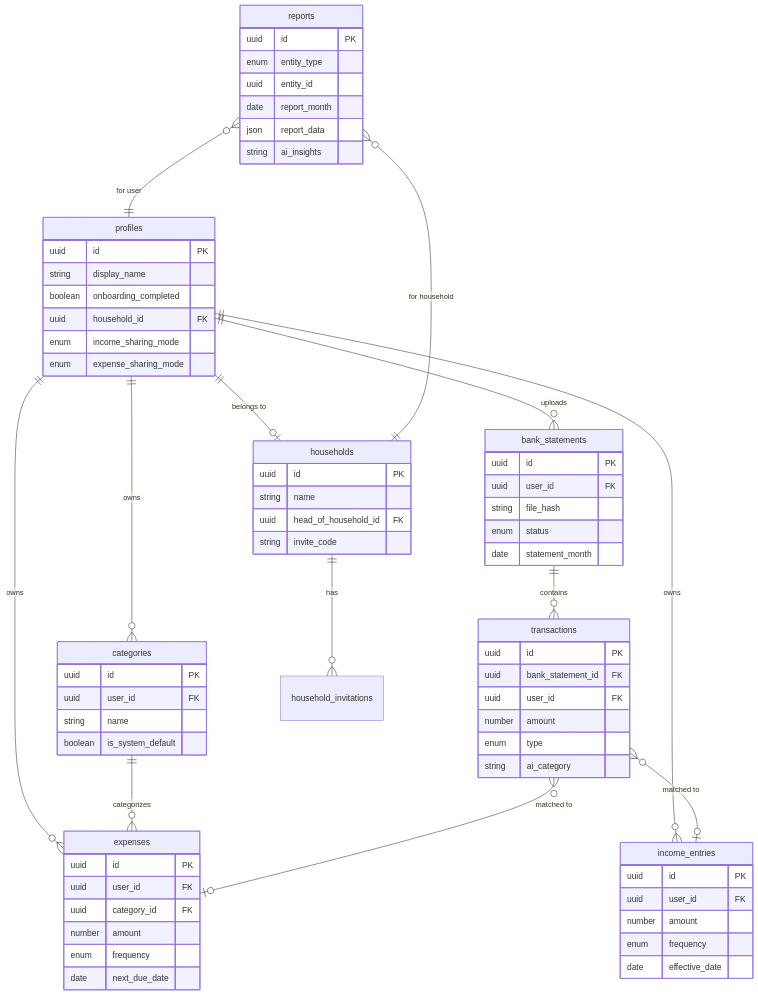
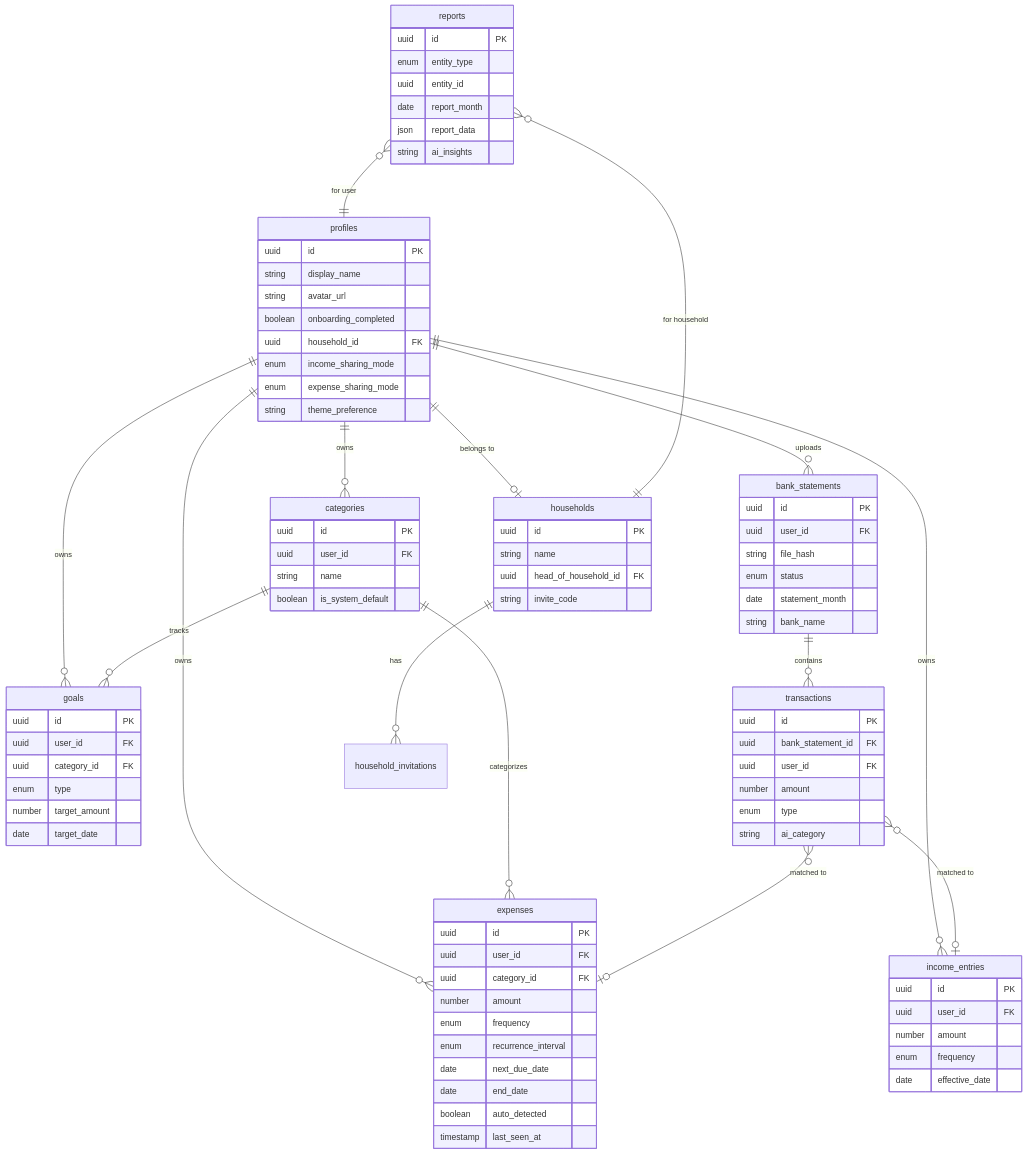
The ninth of 11 diagrams in README.md (mjmitchell86/Spendoza), drawn with Mermaid before and after one commit. The commit also changed other lines of this file, not shown here.

First line of the commit message:
docs: update README with full feature set and mermaid diagrams

````diff
--- a/README.md
+++ b/README.md
@@ -275,8 +388,10 @@
     profiles ||--o{ expenses : "owns"
     profiles ||--o{ income_entries : "owns"
     profiles ||--o{ bank_statements : "uploads"
+    profiles ||--o{ goals : "owns"
     bank_statements ||--o{ transactions : "contains"
     categories ||--o{ expenses : "categorizes"
+    categories ||--o{ goals : "tracks"
     transactions }o--o| expenses : "matched to"
     transactions }o--o| income_entries : "matched to"
     reports }o--|| profiles : "for user"
@@ -286,10 +401,12 @@
     profiles {
         uuid id PK
         string display_name
+        string avatar_url
         boolean onboarding_completed
         uuid household_id FK
         enum income_sharing_mode
         enum expense_sharing_mode
+        string theme_preference
     }
 
     households {
@@ -312,7 +429,11 @@
         uuid category_id FK
         number amount
         enum frequency
+        enum recurrence_interval
         date next_due_date
+        date end_date
+        boolean auto_detected
+        timestamp last_seen_at
     }
 
     income_entries {
@@ -329,6 +450,7 @@
         string file_hash
         enum status
         date statement_month
+        string bank_name
     }
 
     transactions {
@@ -348,4 +470,13 @@
         json report_data
         string ai_insights
     }
+
+    goals {
+        uuid id PK
+        uuid user_id FK
+        uuid category_id FK
+        enum type
+        number target_amount
+        date target_date
+    }
 ```
````
